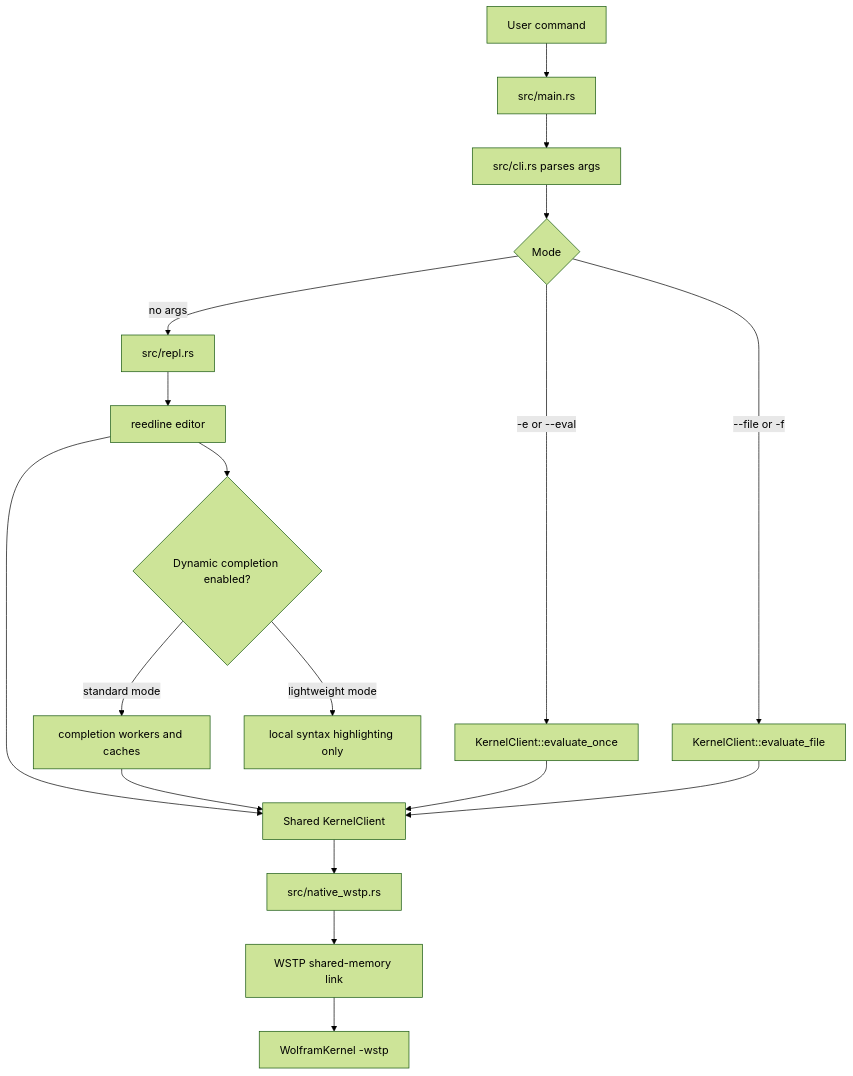
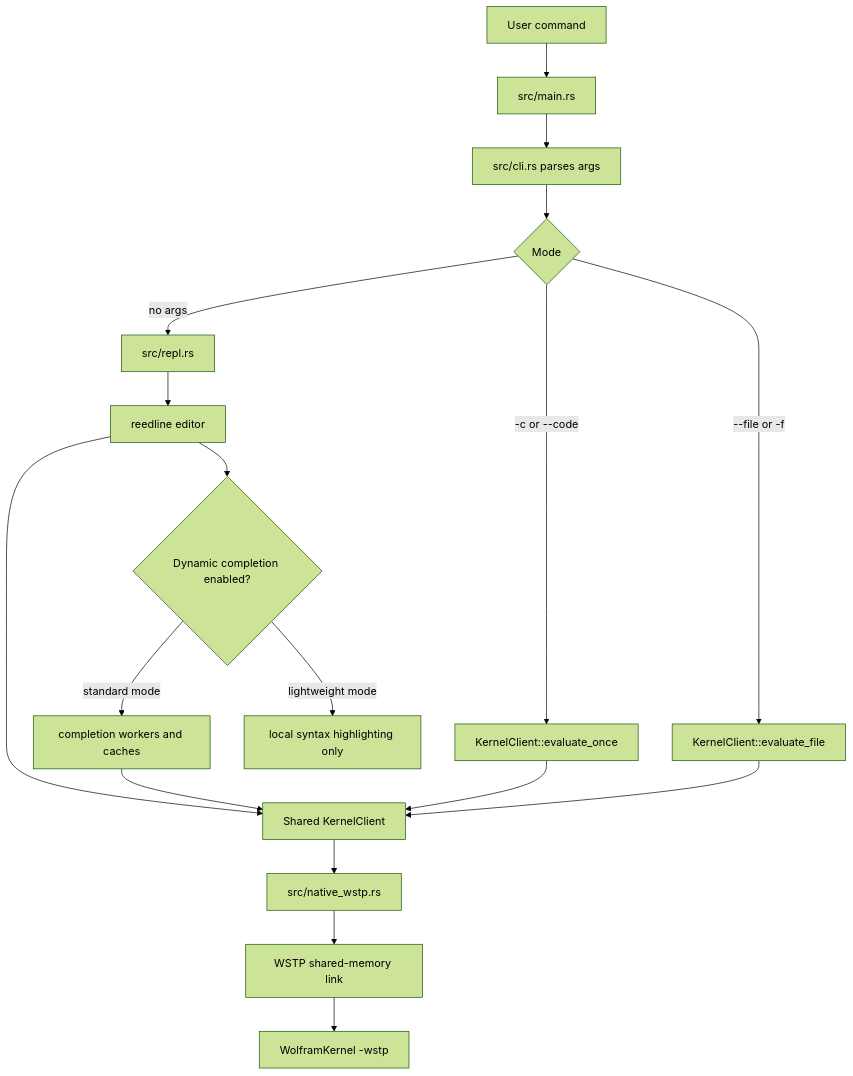
One commit to ToneAr/wolfram-cli changed the first of 15 diagrams in docs/Architecture.md. Above: the diagram before and after it, drawn with Mermaid (forest theme). The commit also changed other lines of this file and 10 other files, not shown here.

````diff
--- a/docs/Architecture.md
+++ b/docs/Architecture.md
@@ -18,24 +18,24 @@
 ```mermaid
 flowchart TD
     User[User command] --> Cli[src/main.rs]
     Cli --> Args[src/cli.rs parses args]
 
     Args --> EvalMode{Mode}
     EvalMode -->|no args| Repl[src/repl.rs]
-    EvalMode -->|-e or --eval| OneShot[KernelClient::evaluate_once]
+    EvalMode -->|-c or --code| OneShot[KernelClient::evaluate_once]
     EvalMode -->|--file or -f| Script[KernelClient::evaluate_file]
 
     Repl --> Reedline[reedline editor]
     Reedline --> KernelShared[Shared KernelClient]
     OneShot --> KernelShared
     Script --> KernelShared
 
     KernelShared --> NativeWstp[src/native_wstp.rs]
     NativeWstp --> WstpLink[WSTP shared-memory link]
     WstpLink --> Kernel[WolframKernel -wstp]
 
     Reedline --> FeatureGate{Dynamic completion enabled?}
     FeatureGate -->|standard mode| Completion[completion workers and caches]
     Completion --> KernelShared
     FeatureGate -->|lightweight mode| LocalHighlight[local syntax highlighting only]
 ```
````
